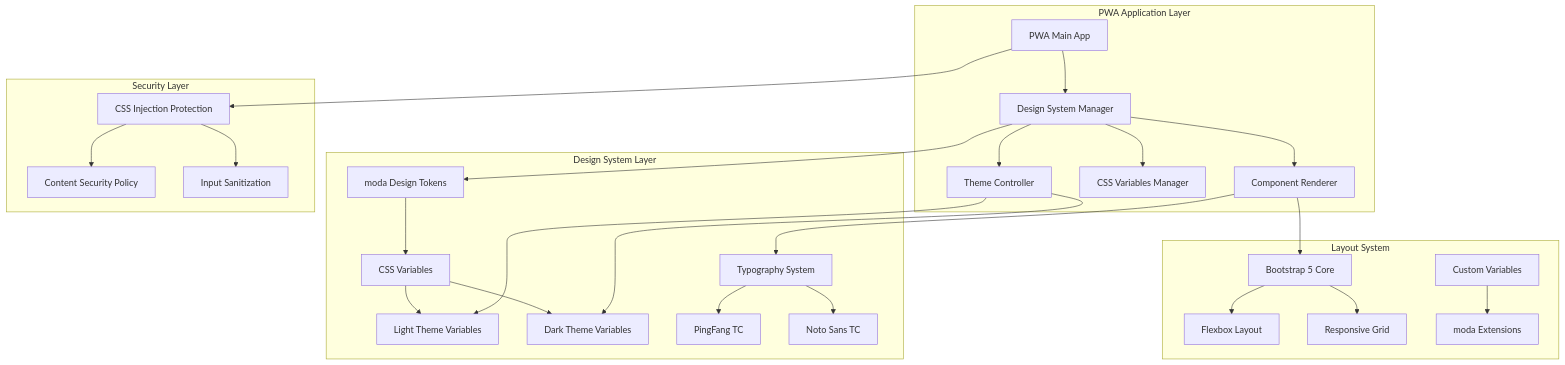
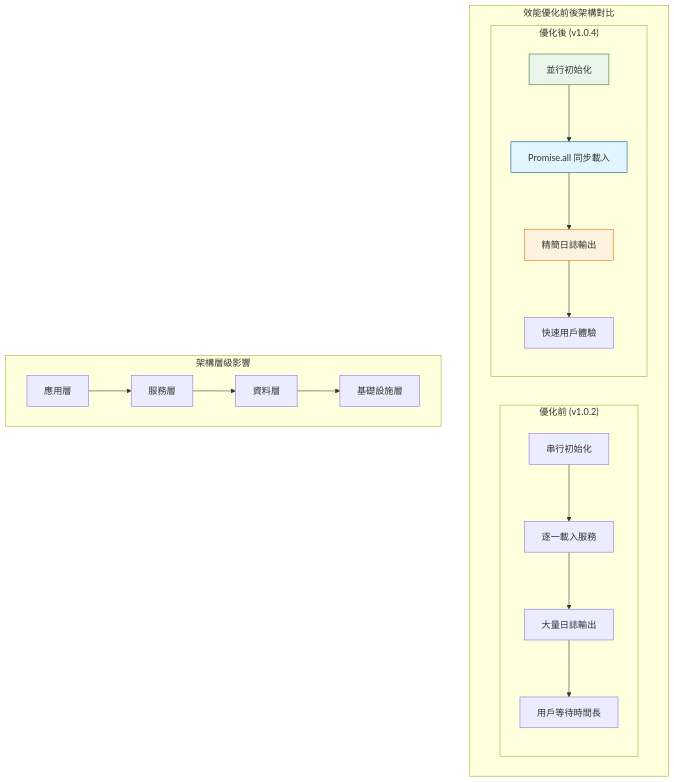
One commit to iim0663418/DB-Card changed the first of 5 diagrams in docs/design.md. Above: the diagram before and after it, drawn with Mermaid. The commit also changed other lines of this file and 19 other files, not shown here.

````diff
--- a/docs/design.md
+++ b/docs/design.md
@@ -15,35 +17,26 @@
 ```mermaid
 graph TB
-    subgraph "PWA Application Layer"
-        A[PWA Main App] --> B[Design System Manager]
-        B --> C[Theme Controller]
-        B --> D[CSS Variables Manager]
-        B --> E[Component Renderer]
+    subgraph "效能優化前後架構對比"
+        subgraph "優化前 (v1.0.2)"
+            A1[串行初始化] --> B1[逐一載入服務]
+            B1 --> C1[大量日誌輸出]
+            C1 --> D1[用戶等待時間長]
+        end
+        
+        subgraph "優化後 (v1.0.4)"
+            A2[並行初始化] --> B2[Promise.all 同步載入]
+            B2 --> C2[精簡日誌輸出]
+            C2 --> D2[快速用戶體驗]
+        end
     end
     
-    subgraph "Design System Layer"
-        F[moda Design Tokens] --> G[CSS Variables]
-        G --> H[Light Theme Variables]
-        G --> I[Dark Theme Variables]
-        J[Typography System] --> K[PingFang TC]
-        J --> L[Noto Sans TC]
+    subgraph "架構層級影響"
+        E[應用層] --> F[服務層]
+        F --> G[資料層]
+        G --> H[基礎設施層]
     end
     
-    subgraph "Layout System"
-        M[Bootstrap 5 Core] --> N[Flexbox Layout]
-        M --> O[Responsive Grid]
-        P[Custom Variables] --> Q[moda Extensions]
-    end
-    
-    subgraph "Security Layer"
-        R[CSS Injection Protection] --> S[Content Security Policy]
-        R --> T[Input Sanitization]
-    end
-    
-    B --> F
-    C --> H
-    C --> I
-    E --> M
-    E --> J
-    A --> R
+    style A2 fill:#e8f5e8,stroke:#2e7d32
+    style B2 fill:#e1f5fe,stroke:#01579b
+    style C2 fill:#fff3e0,stroke:#ef6c00
 ```
````
